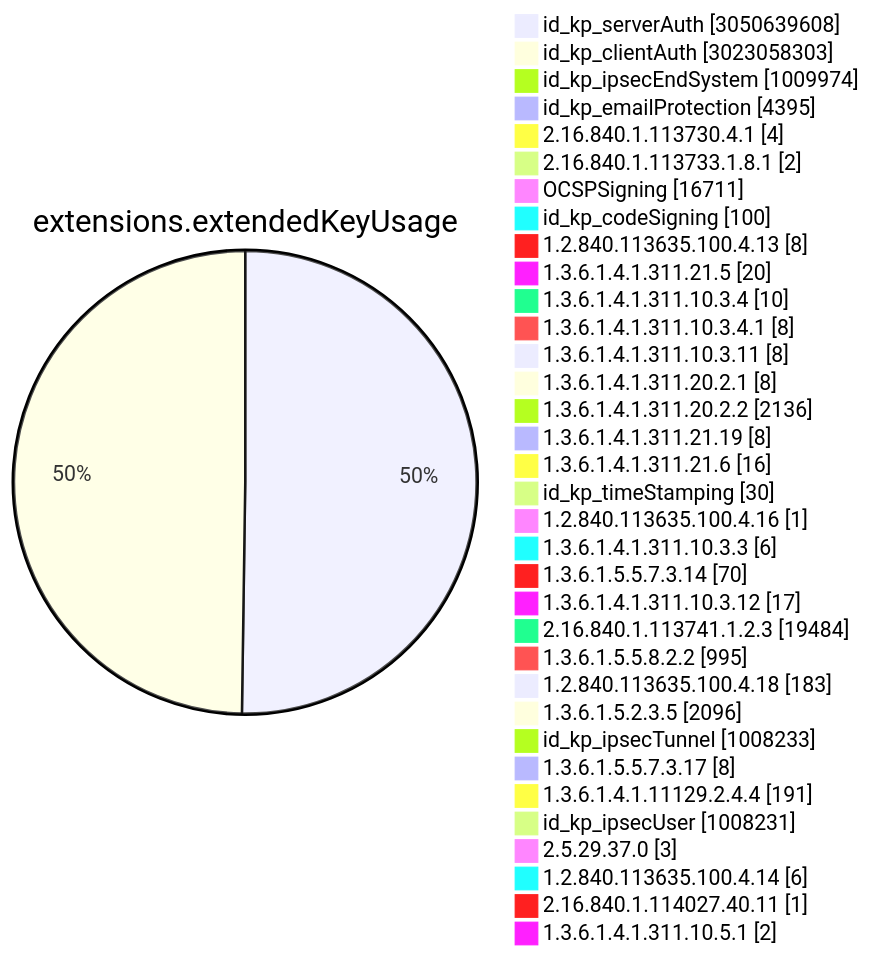
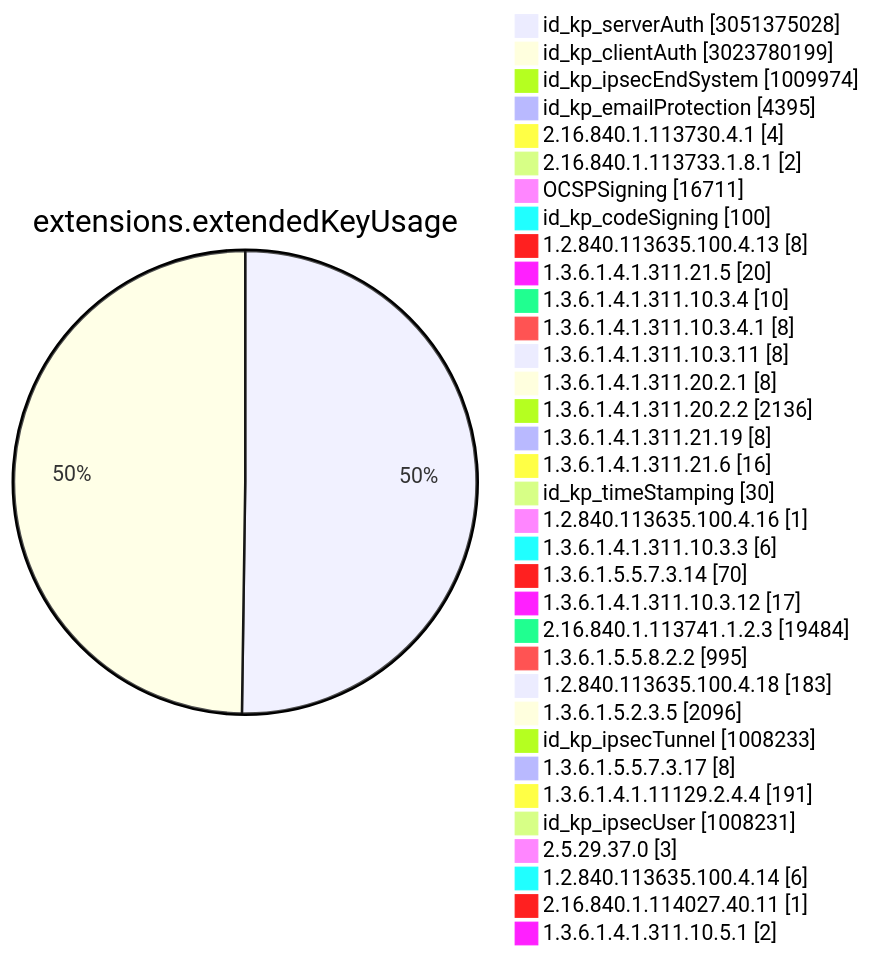
Diagram 11 of 15 in TOTAL/README.md (christiankrug/ctmonitor_visualization), drawn with Mermaid before and after one commit. The commit also changed other lines of this file, not shown here.

````diff
--- a/TOTAL/README.md
+++ b/TOTAL/README.md
@@ -4118,38 +4118,38 @@
 ```mermaid
 pie showData
 title extensions.extendedKeyUsage
-"id_kp_serverAuth" :3050639608
-"id_kp_clientAuth" :3023058303
+"id_kp_serverAuth" :3051375028
+"id_kp_clientAuth" :3023780199
 "id_kp_ipsecEndSystem" :1009974
 "id_kp_emailProtection" :4395
 "2.16.840.1.113730.4.1" :4
 "2.16.840.1.113733.1.8.1" :2
 "OCSPSigning" :16711
 "id_kp_codeSigning" :100
 "1.2.840.113635.100.4.13" :8
 "1.3.6.1.4.1.311.21.5" :20
 "1.3.6.1.4.1.311.10.3.4" :10
 "1.3.6.1.4.1.311.10.3.4.1" :8
 "1.3.6.1.4.1.311.10.3.11" :8
 "1.3.6.1.4.1.311.20.2.1" :8
 "1.3.6.1.4.1.311.20.2.2" :2136
 "1.3.6.1.4.1.311.21.19" :8
 "1.3.6.1.4.1.311.21.6" :16
 "id_kp_timeStamping" :30
 "1.2.840.113635.100.4.16" :1
 "1.3.6.1.4.1.311.10.3.3" :6
 "1.3.6.1.5.5.7.3.14" :70
 "1.3.6.1.4.1.311.10.3.12" :17
 "2.16.840.1.113741.1.2.3" :19484
 "1.3.6.1.5.5.8.2.2" :995
 "1.2.840.113635.100.4.18" :183
 "1.3.6.1.5.2.3.5" :2096
 "id_kp_ipsecTunnel" :1008233
 "1.3.6.1.5.5.7.3.17" :8
 "1.3.6.1.4.1.11129.2.4.4" :191
 "id_kp_ipsecUser" :1008231
 "2.5.29.37.0" :3
 "1.2.840.113635.100.4.14" :6
 "2.16.840.1.114027.40.11" :1
 "1.3.6.1.4.1.311.10.5.1" :2
 ```
````
